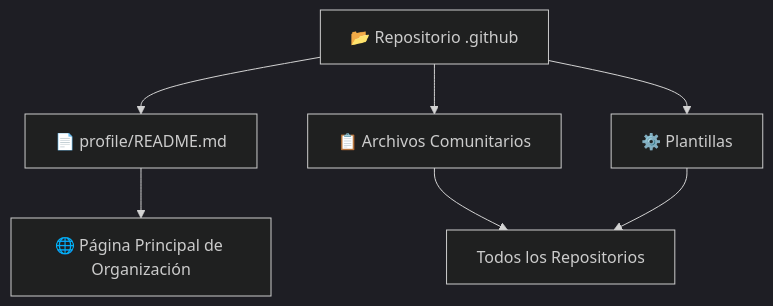
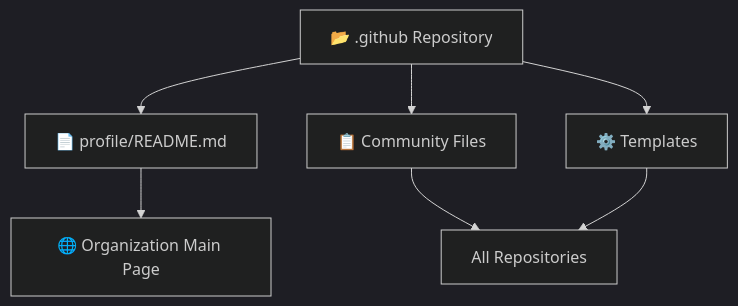
One commit to Catedra-MANEDS/.github changed the first of 2 diagrams in README.md. Above: the diagram before and after it, drawn with Mermaid (dark theme). The commit also changed other lines of this file and 1 other file, not shown here.

Commit message:
Translate repository documentation from Spanish to English

````diff
--- a/README.md
+++ b/README.md
@@ -69,9 +69,9 @@
 ```mermaid
 graph TD
-    A[📂 Repositorio .github] --> B[📄 profile/README.md]
-    B --> C[🌐 Página Principal de Organización]
-    A --> D[📋 Archivos Comunitarios]
-    A --> E[⚙️ Plantillas]
-    D --> F[Todos los Repositorios]
+    A[📂 .github Repository] --> B[📄 profile/README.md]
+    B --> C[🌐 Organization Main Page]
+    A --> D[📋 Community Files]
+    A --> E[⚙️ Templates]
+    D --> F[All Repositories]
     E --> F
 ```
````
